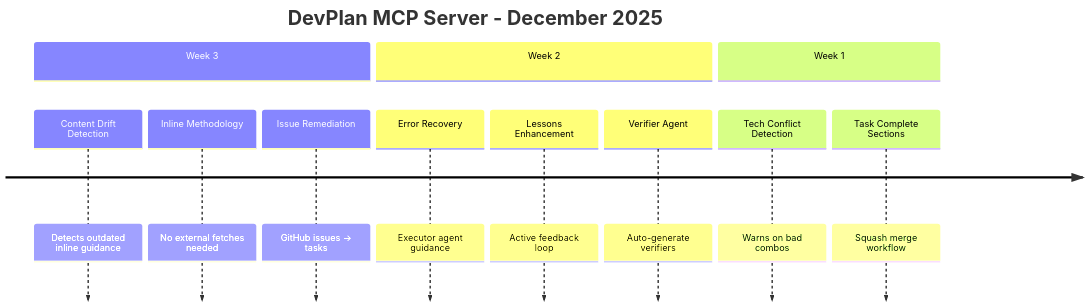
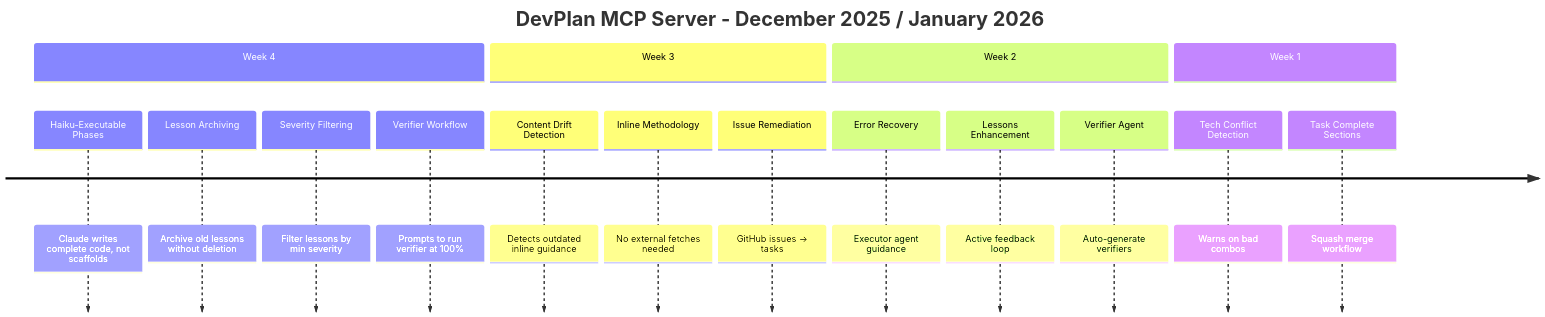
Before and after one commit to mmorris35/devplan-mcp-server: the fifth of 6 diagrams in README.md, drawn with Mermaid. The commit also changed other lines of this file, not shown here.

Commit message:
docs: update README with Week 4 features
- Update tool count to 19
- Add devplan_archive_lesson to Lessons Learned table
- Update timeline with Week 4 changes:
  - Haiku-executable phases (Claude writes complete code)
  - Lesson archiving
  - Severity filtering
  - Verifier workflow prompts

🤖 Generated with [Claude Code](https://claude.com/claude-code)

````diff
--- a/README.md
+++ b/README.md
@@ -245,18 +246,24 @@
 ```mermaid
 timeline
-    title DevPlan MCP Server - December 2025
+    title DevPlan MCP Server - December 2025 / January 2026
+
+    section Week 4
+        Haiku-Executable Phases : Claude writes complete code, not scaffolds
+        Lesson Archiving : Archive old lessons without deletion
+        Severity Filtering : Filter lessons by min severity
+        Verifier Workflow : Prompts to run verifier at 100%
 
     section Week 3
         Content Drift Detection : Detects outdated inline guidance
         Inline Methodology : No external fetches needed
         Issue Remediation : GitHub issues → tasks
 
     section Week 2
         Error Recovery : Executor agent guidance
         Lessons Enhancement : Active feedback loop
         Verifier Agent : Auto-generate verifiers
 
     section Week 1
         Tech Conflict Detection : Warns on bad combos
         Task Complete Sections : Squash merge workflow
 ```
````
